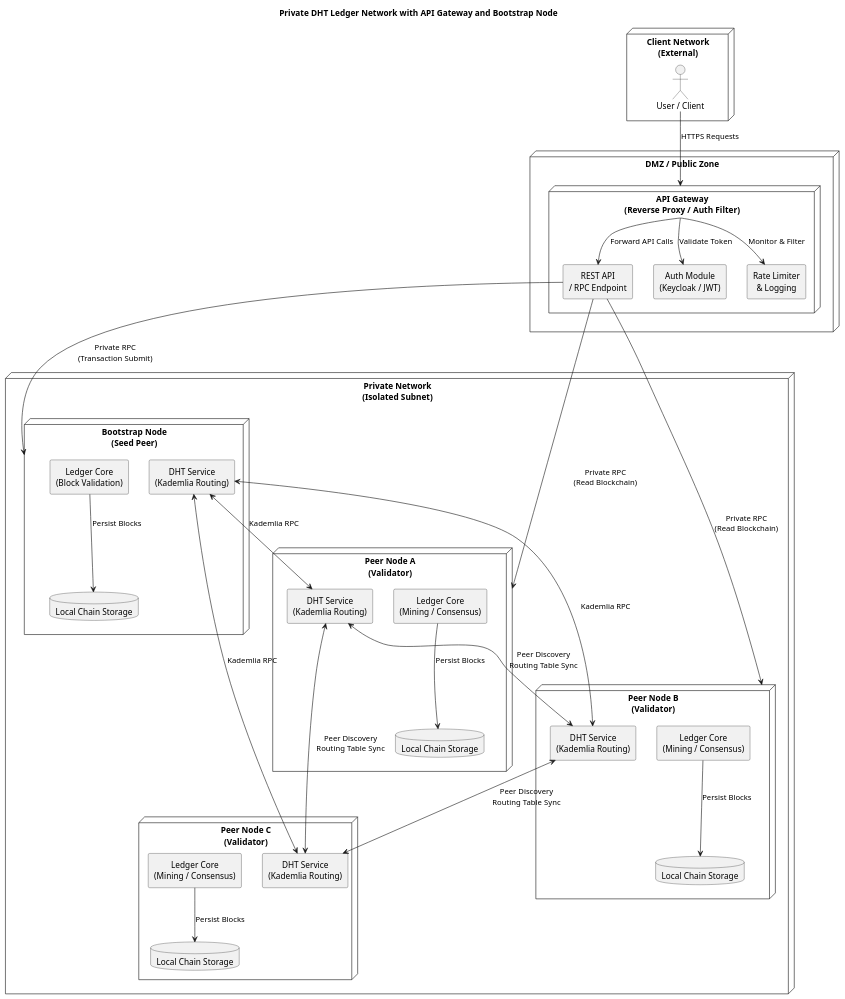
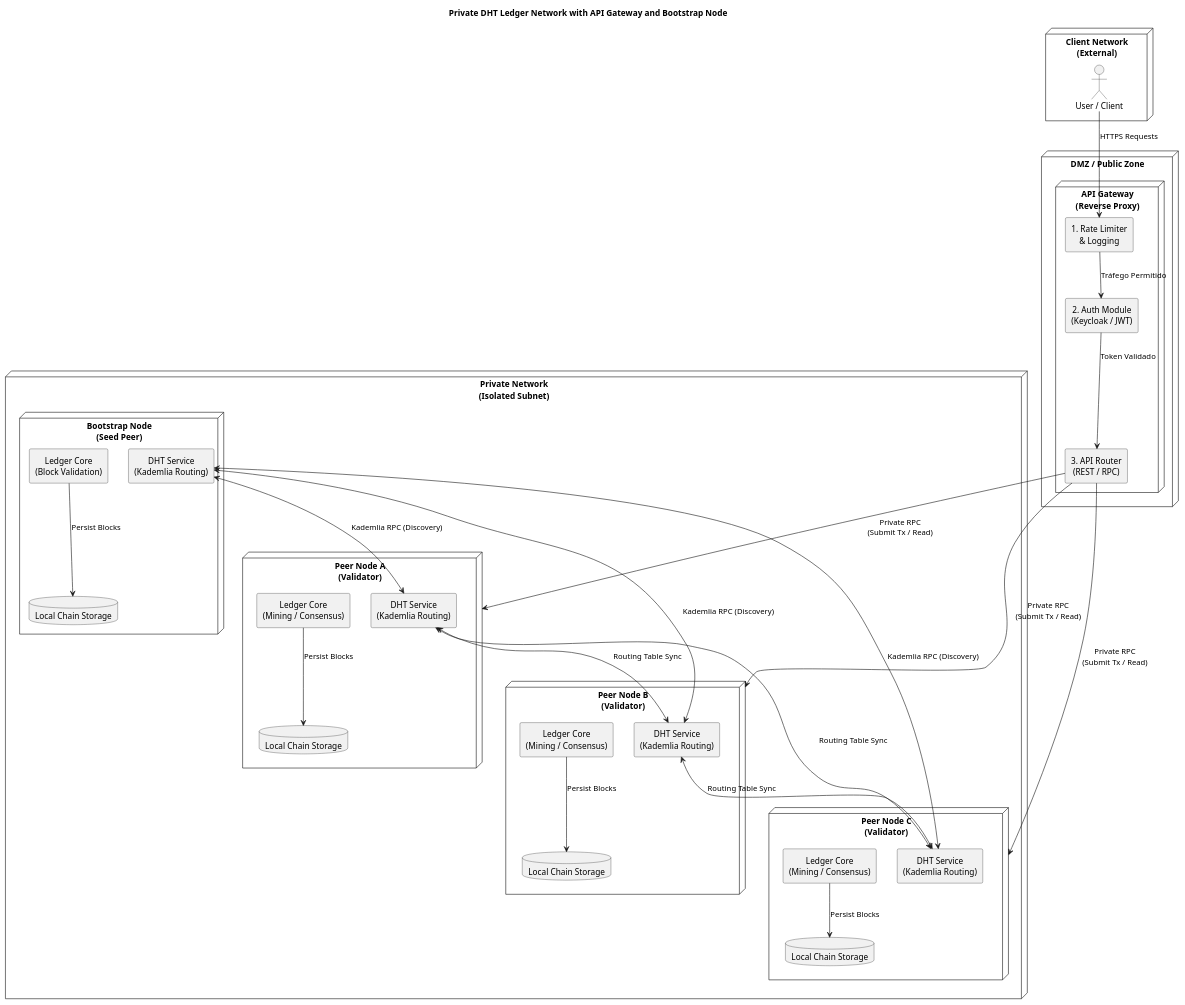
One commit to Hugofr21/blockchain-mechanisms changed the diagram in docs/diagram/systemDesign/00-system-design.puml. Above: the diagram before and after it, drawn with PlantUML. The commit also changed 1 other file, not shown here.

Commit message:
correct constraints in diagram at system design

```diff
--- a/docs/diagram/systemDesign/00-system-design.puml
+++ b/docs/diagram/systemDesign/00-system-design.puml
@@ -1,69 +1,68 @@
-@startuml sytem-design
+@startuml
 title Private DHT Ledger Network with API Gateway and Bootstrap Node
 
 skinparam shadowing false
 skinparam componentStyle rectangle
 skinparam defaultTextAlignment center
 
 node "Client Network\n(External)" as clientNet {
   actor "User / Client" as client
 }
 
 node "DMZ / Public Zone" as dmz {
-  node "API Gateway\n(Reverse Proxy / Auth Filter)" as apigw {
-    component "REST API\n/ RPC Endpoint" as api
-    component "Auth Module\n(Keycloak / JWT)" as auth
-    component "Rate Limiter\n& Logging" as ratelimit
+  node "API Gateway\n(Reverse Proxy)" as apigw {
+    component "1. Rate Limiter\n& Logging" as ratelimit
+    component "2. Auth Module\n(Keycloak / JWT)" as auth
+    component "3. API Router\n(REST / RPC)" as api
   }
 }
 
 node "Private Network\n(Isolated Subnet)" as privNet {
 
   node "Bootstrap Node\n(Seed Peer)" as bootstrap {
     component "DHT Service\n(Kademlia Routing)" as bootDHT
     component "Ledger Core\n(Block Validation)" as bootLedger
     database "Local Chain Storage" as bootStorage
   }
 
   node "Peer Node A\n(Validator)" as peerA {
     component "DHT Service\n(Kademlia Routing)" as dhtA
     component "Ledger Core\n(Mining / Consensus)" as ledgerA
     database "Local Chain Storage" as storeA
   }
 
   node "Peer Node B\n(Validator)" as peerB {
     component "DHT Service\n(Kademlia Routing)" as dhtB
     component "Ledger Core\n(Mining / Consensus)" as ledgerB
     database "Local Chain Storage" as storeB
   }
 
   node "Peer Node C\n(Validator)" as peerC {
     component "DHT Service\n(Kademlia Routing)" as dhtC
     component "Ledger Core\n(Mining / Consensus)" as ledgerC
     database "Local Chain Storage" as storeC
   }
 }
 
-client --> apigw : HTTPS Requests
-apigw --> api : Forward API Calls
-apigw --> auth : Validate Token
-apigw --> ratelimit : Monitor & Filter
+client --> ratelimit : HTTPS Requests
+ratelimit --> auth : Tráfego Permitido
+auth --> api : Token Validado
 
-api --> bootstrap : Private RPC\n(Transaction Submit)
-api --> peerA : Private RPC\n(Read Blockchain)
-api --> peerB : Private RPC\n(Read Blockchain)
+api --> peerA : Private RPC\n(Submit Tx / Read)
+api --> peerB : Private RPC\n(Submit Tx / Read)
+api --> peerC : Private RPC\n(Submit Tx / Read)
 
-bootDHT <--> dhtA : Kademlia RPC
-bootDHT <--> dhtB : Kademlia RPC
-bootDHT <--> dhtC : Kademlia RPC
+bootDHT <--> dhtA : Kademlia RPC (Discovery)
+bootDHT <--> dhtB : Kademlia RPC (Discovery)
+bootDHT <--> dhtC : Kademlia RPC (Discovery)
 
-dhtA <--> dhtB : Peer Discovery\nRouting Table Sync
-dhtB <--> dhtC : Peer Discovery\nRouting Table Sync
-dhtA <--> dhtC : Peer Discovery\nRouting Table Sync
+dhtA <--> dhtB : Routing Table Sync
+dhtB <--> dhtC : Routing Table Sync
+dhtA <--> dhtC : Routing Table Sync
 
 bootLedger --> bootStorage : Persist Blocks
 ledgerA --> storeA : Persist Blocks
 ledgerB --> storeB : Persist Blocks
 ledgerC --> storeC : Persist Blocks
 
 @enduml
```
